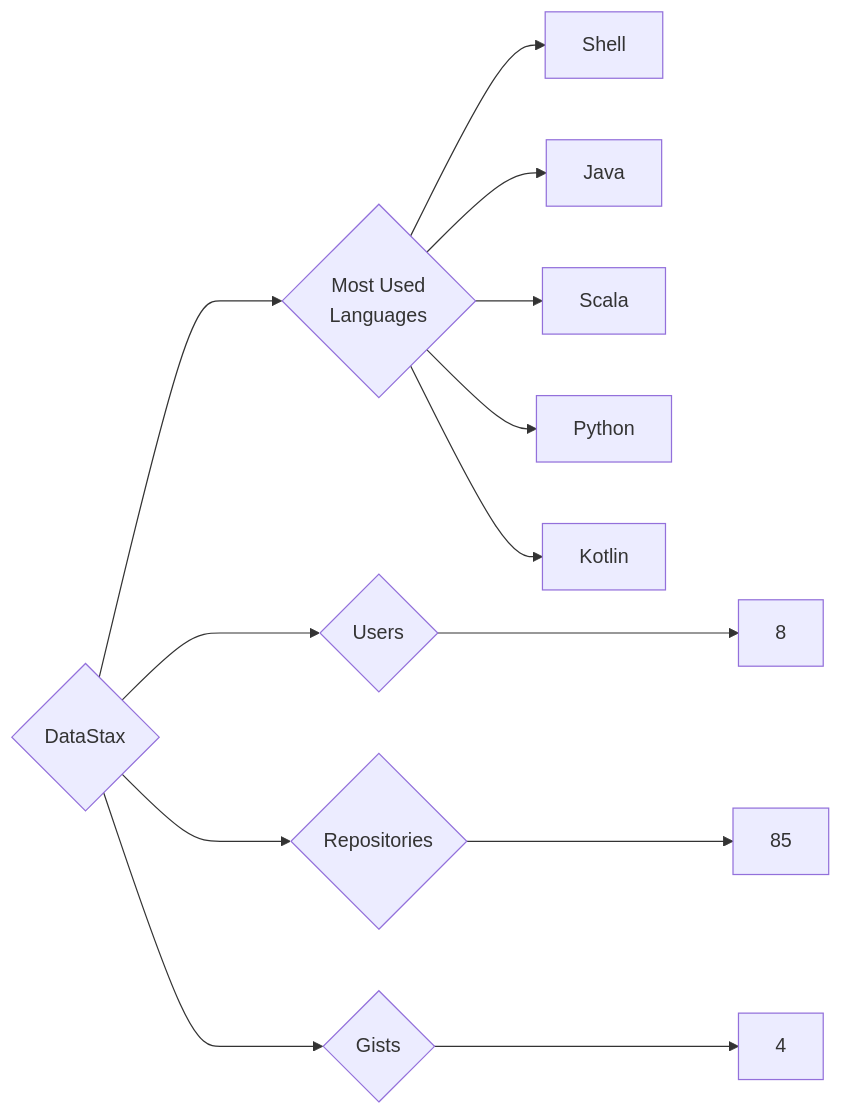
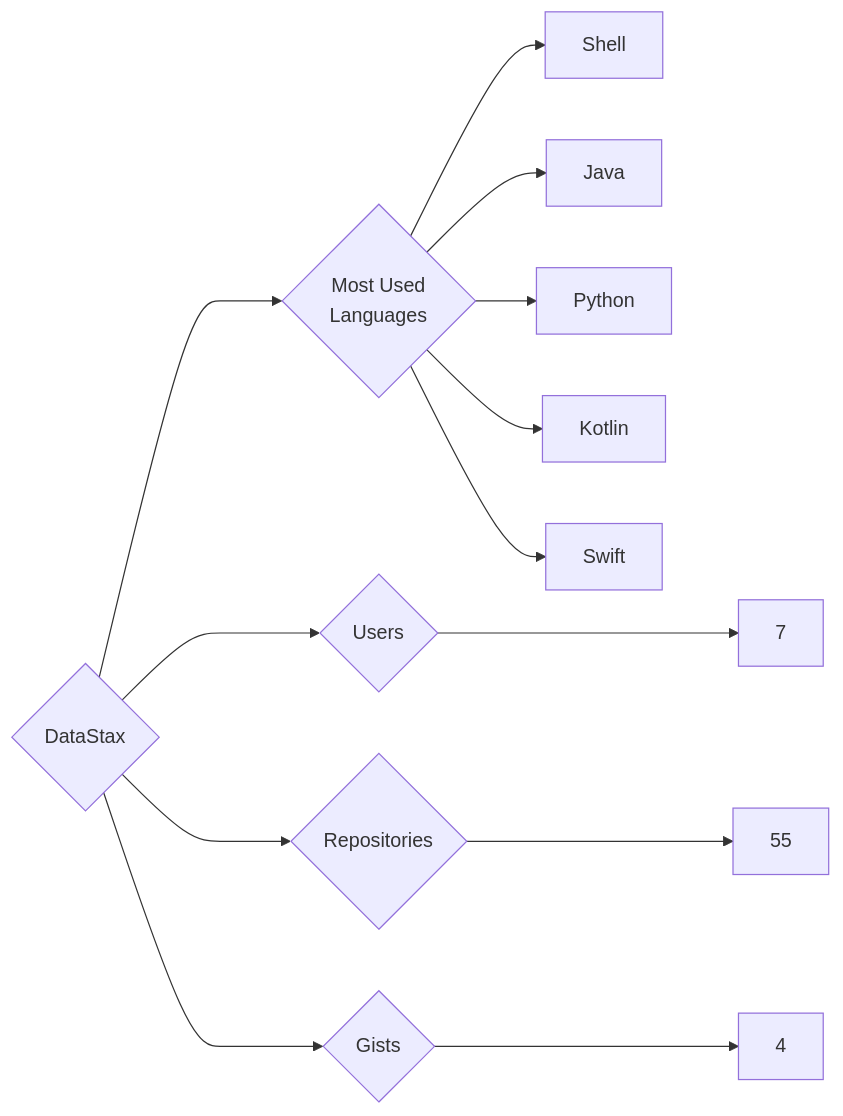
Before and after one commit to trickest/insiders: the diagram in targets/DataStax/README.md, drawn with Mermaid. The commit also changed 912 other files, not shown here.

````diff
--- a/targets/DataStax/README.md
+++ b/targets/DataStax/README.md
@@ -3,13 +3,13 @@
 ```mermaid
 graph LR
 COMPANY_NAME{DataStax}
-COMPANY_NAME ---> U{Users} ---> UN[8]
-COMPANY_NAME ---> R{Repositories} ---> RN[85]
+COMPANY_NAME ---> U{Users} ---> UN[7]
+COMPANY_NAME ---> R{Repositories} ---> RN[55]
 COMPANY_NAME ---> G{Gists} ---> GN[4]
 COMPANY_NAME ---> ML{Most Used<br>Languages}
 ML --> Shell[Shell]
 ML --> Java[Java]
-ML --> Scala[Scala]
 ML --> Python[Python]
 ML --> Kotlin[Kotlin]
+ML --> Swift[Swift]
 ```
````
